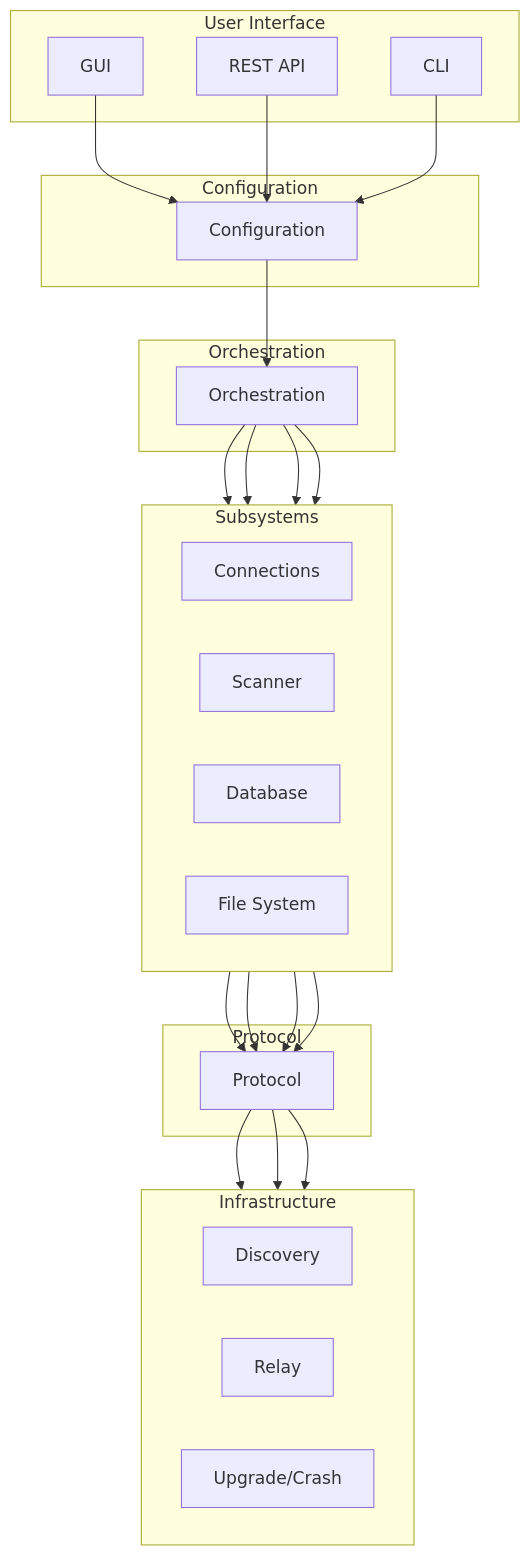
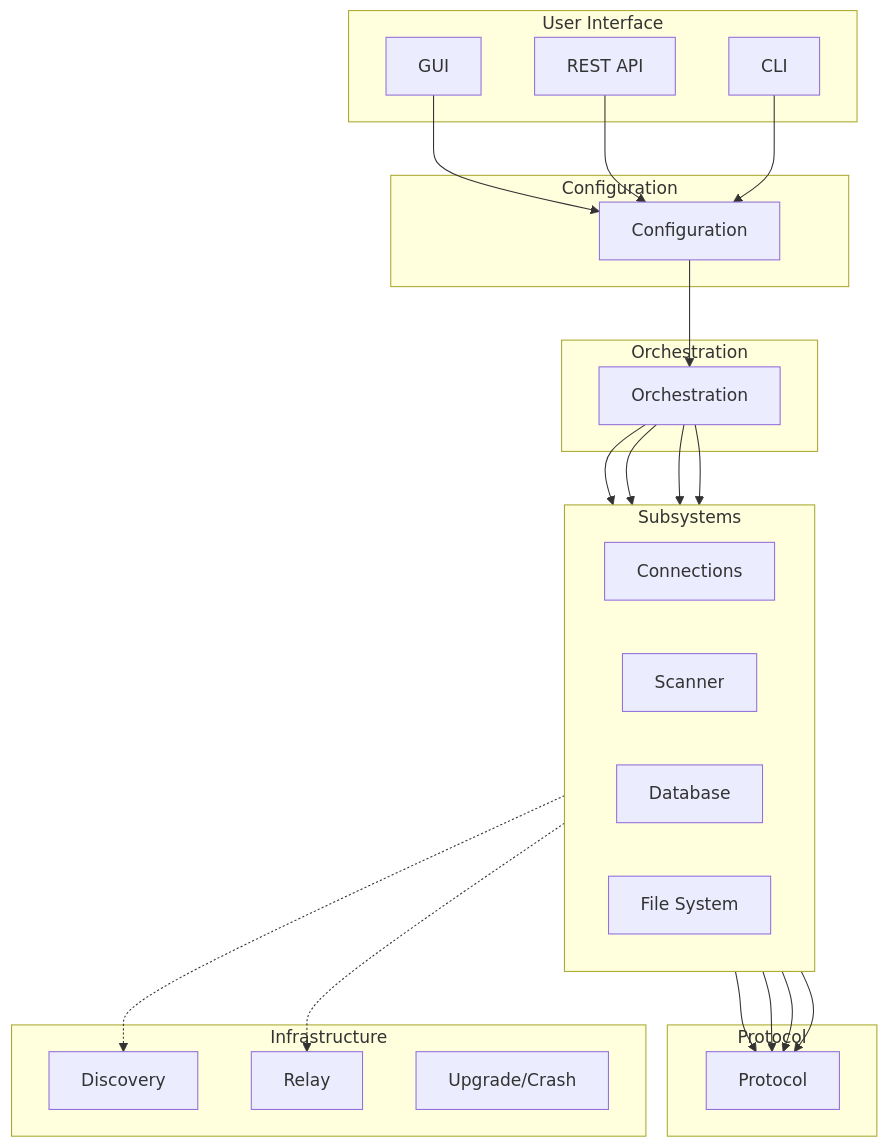
Before and after one commit to Chandra179/gitbook: the first of 13 diagrams in syncthing.md, drawn with Mermaid. The commit also changed other lines of this file, not shown here.

````diff
--- a/syncthing.md
+++ b/syncthing.md
@@ -5,51 +5,49 @@
 ```mermaid
 graph TD
     subgraph UI["User Interface"]
         GUI["GUI"]
         API["REST API"]
         CLI["CLI"]
     end
 
     subgraph CONFIG["Configuration"]
         CFG["Configuration"]
     end
 
     subgraph MODEL["Orchestration"]
         M["Orchestration"]
     end
 
     subgraph SUBSYSTEMS["Subsystems"]
         direction LR
         C1["Connections"]
         C2["Scanner"]
         C3["Database"]
         C4["File System"]
     end
 
     subgraph PROTO["Protocol"]
         P["Protocol"]
     end
 
     subgraph INFRA["Infrastructure"]
-        direction LR
         I1["Discovery"]
         I2["Relay"]
         I3["Upgrade/Crash"]
     end
 
     GUI --> CFG
     API --> CFG
     CLI --> CFG
     CFG --> M
     M --> C1
     M --> C2
     M --> C3
     M --> C4
     C1 --> P
     C2 --> P
     C3 --> P
     C4 --> P
-    P --> I1
-    P --> I2
-    P --> I3
+    C1 -.-> I1
+    C1 -.-> I2
 ```
````
